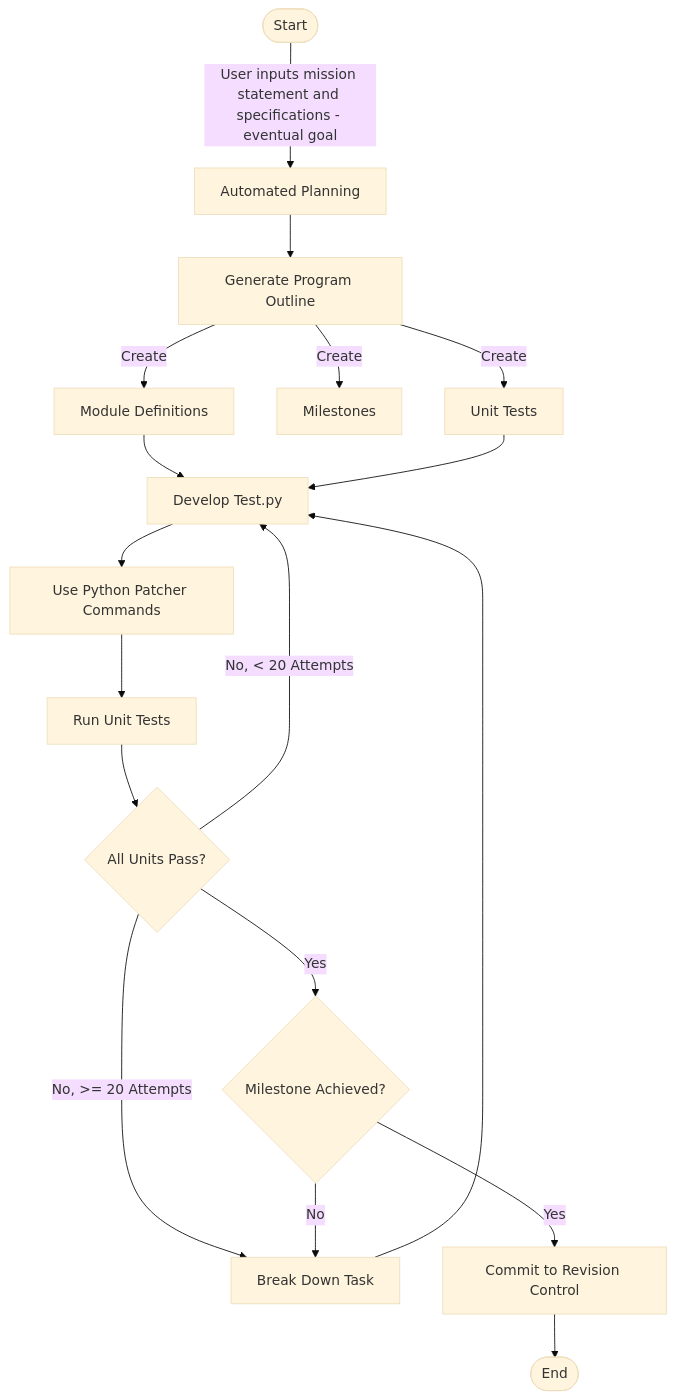
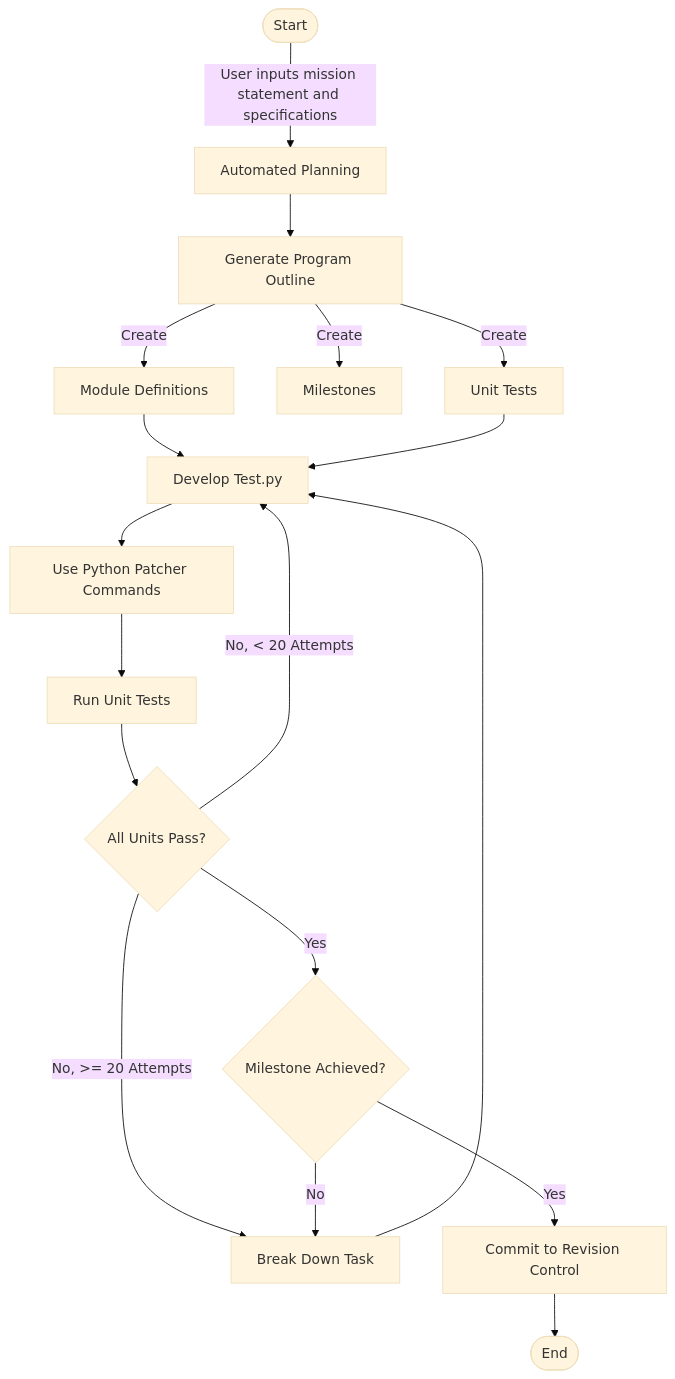
One commit to markmenge/ChatGPT_Programmer changed the second of 2 diagrams in Readme.md. Above: the diagram before and after it, drawn with Mermaid (base theme). The commit also changed other lines of this file, not shown here.

````diff
--- a/Readme.md
+++ b/Readme.md
@@ -23,20 +31,20 @@
 ```mermaid
   graph TD
-  A([Start]) -->|User inputs mission statement and specifications - eventual goal| B[Automated Planning];
+  A([Start]) -->|User inputs mission statement and specifications| B[Automated Planning];
   B --> C[Generate Program Outline];
   C -->|Create| D[Module Definitions];
   C -->|Create| E[Milestones];
   C -->|Create| F[Unit Tests];
   D --> G[Develop Test.py];
   F --> G;
   G --> I[Use Python Patcher Commands];
   I --> K[Run Unit Tests];
   K --> H{All Units Pass?};
   H -->|Yes| M{Milestone Achieved?};
   H -->|No, < 20 Attempts| G;
   H -->|No, >= 20 Attempts| J[Break Down Task];
   M -->|Yes| N[Commit to Revision Control];
   M -->|No| J[Break Down Task];
   J --> G;
   N --> O([End]);
 ```
````
